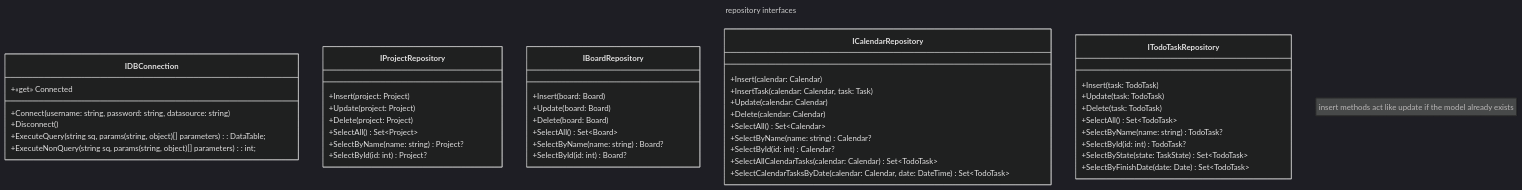
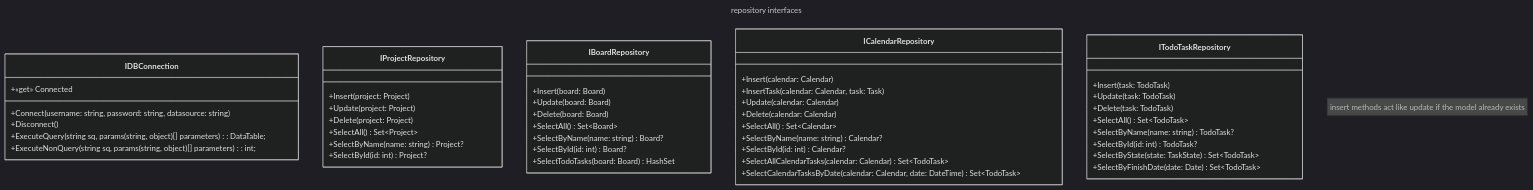
The diagram in docs/uml/Domain/Repository.md (tadeas223/todo_list), drawn with Mermaid (dark theme) before and after one commit. The commit also changed 7 other files, not shown here.

````diff
--- a/docs/uml/Domain/Repository.md
+++ b/docs/uml/Domain/Repository.md
@@ -1,71 +1,73 @@
 ```mermaid
 ---
 title: repository interfaces
 ---
 
 classDiagram
 
     class IDBConnection
     class IProjectRepository
     class IBoardRepository
     class ICalendarRepository
     class ITodoTaskRepository
 
     note "insert methods act like update if the model already exists"
 
     class IDBConnection {
         +«get» Connected
         +Connect(username: string, password: string, datasource: string)
         +Disconnect()
         +ExecuteQuery(string sq, params (string, object)[] parameters): DataTable;
         +ExecuteNonQuery(string sq, params (string, object)[] parameters): int;
     }
 
     class IProjectRepository {
         +Insert(project: Project)
         +Update(project: Project)
         +Delete(project: Project)
 
         +SelectAll() Set~Project~
         +SelectByName(name: string) Project?
         +SelectById(id: int) Project?
     }
     
     class IBoardRepository {
         +Insert(board: Board)
         +Update(board: Board)
         +Delete(board: Board)
 
         +SelectAll() Set~Board~
         +SelectByName(name: string) Board?
         +SelectById(id: int) Board?
+
+        +SelectTodoTasks(board: Board) HashSet<TodoTask>
     }
     
     class ICalendarRepository {
         +Insert(calendar: Calendar)
         +InsertTask(calendar: Calendar, task: Task)
 
         +Update(calendar: Calendar)
         +Delete(calendar: Calendar)
 
         +SelectAll() Set~Calendar~
         +SelectByName(name: string) Calendar?
         +SelectById(id: int) Calendar?
 
         +SelectAllCalendarTasks(calendar: Calendar) Set~TodoTask~
         +SelectCalendarTasksByDate(calendar: Calendar, date: DateTime) Set~TodoTask~
     }
     
     class ITodoTaskRepository {
         +Insert(task: TodoTask)
         +Update(task: TodoTask)
         +Delete(task: TodoTask)
 
         +SelectAll() Set~TodoTask~
         +SelectByName(name: string) TodoTask?
         +SelectById(id: int) TodoTask?
         +SelectByState(state: TaskState) Set~TodoTask~
         +SelectByFinishDate(date: Date) Set~TodoTask~
     }
 
 ```
````
